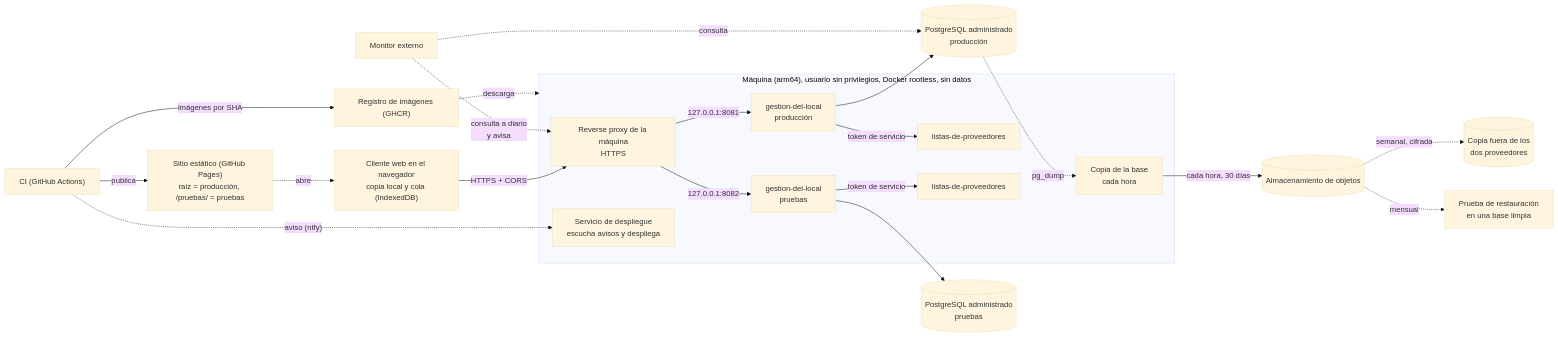
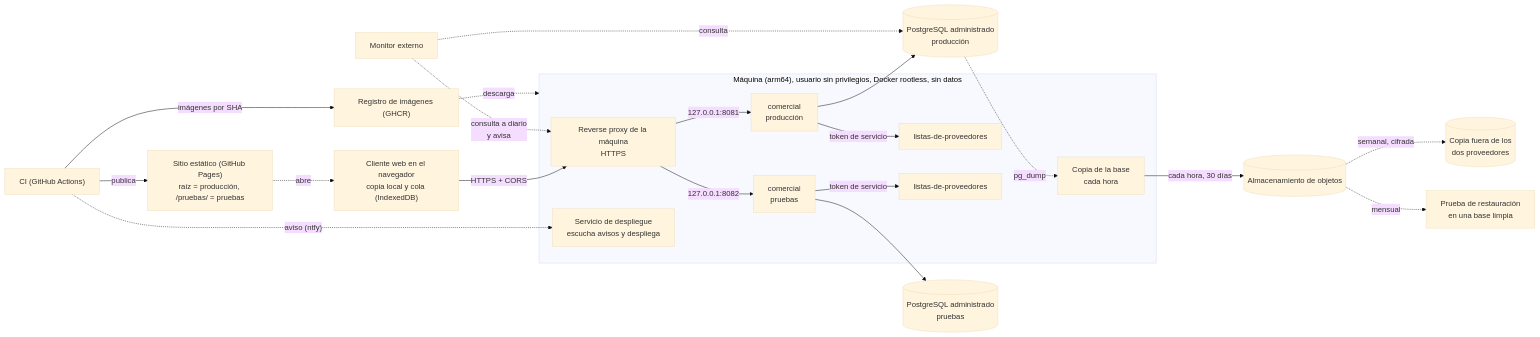
Before and after one commit to carlos-illobre/ferre: the second of 2 diagrams in specs/001-base-del-sistema/plan.md, drawn with Mermaid (base theme). The commit also changed other lines of this file and 270 other files, not shown here.

First line of the commit message:
El servidor del mostrador se llama comercial: carpeta, paquete, servicio e imagen (026-T003)

````diff
--- a/specs/001-base-del-sistema/plan.md
+++ b/specs/001-base-del-sistema/plan.md
@@ -173,25 +173,25 @@
 ```mermaid
 flowchart LR
     sitio["Sitio estático (GitHub Pages)<br/>raíz = producción, /pruebas/ = pruebas"] -. "abre" .-> pwa["Cliente web en el navegador<br/>copia local y cola (IndexedDB)"]
     pwa -- "HTTPS + CORS" --> proxy["Reverse proxy de la máquina<br/>HTTPS"]
     subgraph maquina["Máquina (arm64), usuario sin privilegios, Docker rootless, sin datos"]
-        proxy -- "127.0.0.1:8081" --> gdlp["gestion-del-local<br/>producción"]
-        proxy -- "127.0.0.1:8082" --> gdlt["gestion-del-local<br/>pruebas"]
+        proxy -- "127.0.0.1:8081" --> gdlp["comercial<br/>producción"]
+        proxy -- "127.0.0.1:8082" --> gdlt["comercial<br/>pruebas"]
         gdlp -- "token de servicio" --> ldpp["listas-de-proveedores"]
         gdlt -- "token de servicio" --> ldpt["listas-de-proveedores"]
         escucha["Servicio de despliegue<br/>escucha avisos y despliega"]
         volcado["Copia de la base<br/>cada hora"]
     end
     gdlp --> basep[("PostgreSQL administrado<br/>producción")]
     gdlt --> baset[("PostgreSQL administrado<br/>pruebas")]
     basep -. "pg_dump" .-> volcado
     volcado -- "cada hora, 30 días" --> objeto[("Almacenamiento de objetos")]
     objeto -. "semanal, cifrada" .-> afuera[("Copia fuera de los<br/>dos proveedores")]
     objeto -. "mensual" .-> restaurar["Prueba de restauración<br/>en una base limpia"]
     ci["CI (GitHub Actions)"] -- "imágenes por SHA" --> registro["Registro de imágenes (GHCR)"]
     ci -- "publica" --> sitio
     ci -. "aviso (ntfy)" .-> escucha
     registro -. "descarga" .-> maquina
     monitor["Monitor externo"] -. "consulta a diario<br/>y avisa" .-> proxy
     monitor -. "consulta" .-> basep
 ```
````
